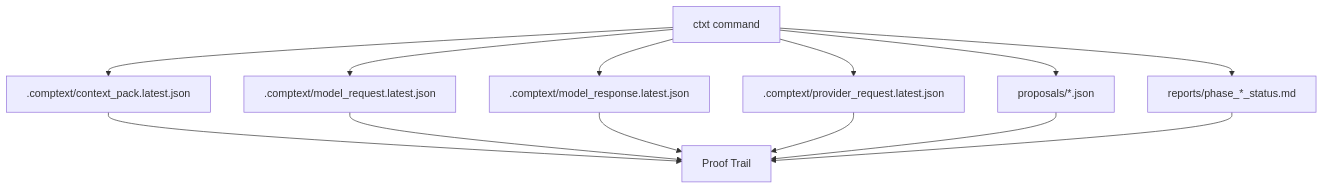
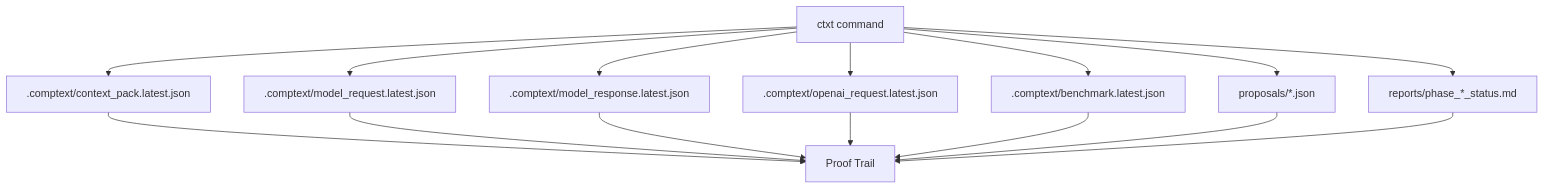
Before and after one commit to ProfRandom92/comptext-cli: the fifth of 11 diagrams in README.md, drawn with Mermaid. The commit also changed other lines of this file, not shown here.

````diff
--- a/README.md
+++ b/README.md
@@ -353,16 +327,18 @@
 ```mermaid
 flowchart TD
     CTX[ctxt command] --> CP[.comptext/context_pack.latest.json]
     CTX --> MR[.comptext/model_request.latest.json]
     CTX --> MS[.comptext/model_response.latest.json]
-    CTX --> PR[.comptext/provider_request.latest.json]
+    CTX --> ORQ[.comptext/openai_request.latest.json]
+    CTX --> BA[.comptext/benchmark.latest.json]
     CTX --> PP[proposals/*.json]
     CTX --> RP[reports/phase_*_status.md]
 
     CP --> Proof[Proof Trail]
     MR --> Proof
     MS --> Proof
-    PR --> Proof
+    ORQ --> Proof
+    BA --> Proof
     PP --> Proof
     RP --> Proof
 ```
````
